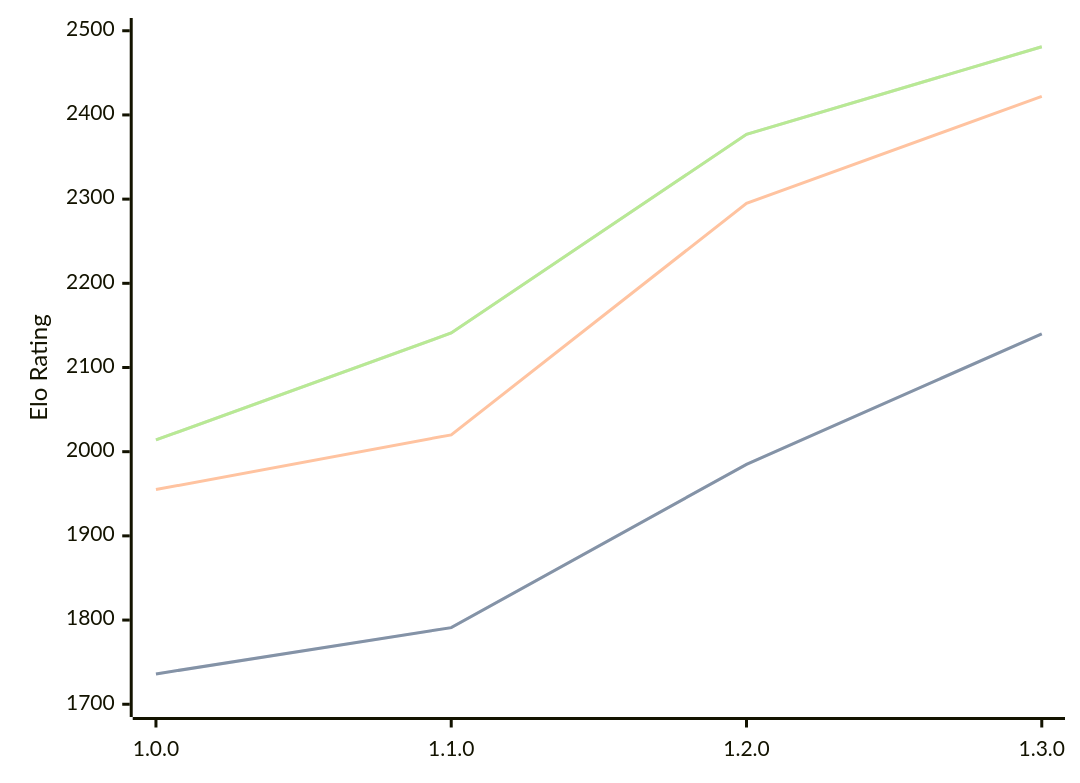
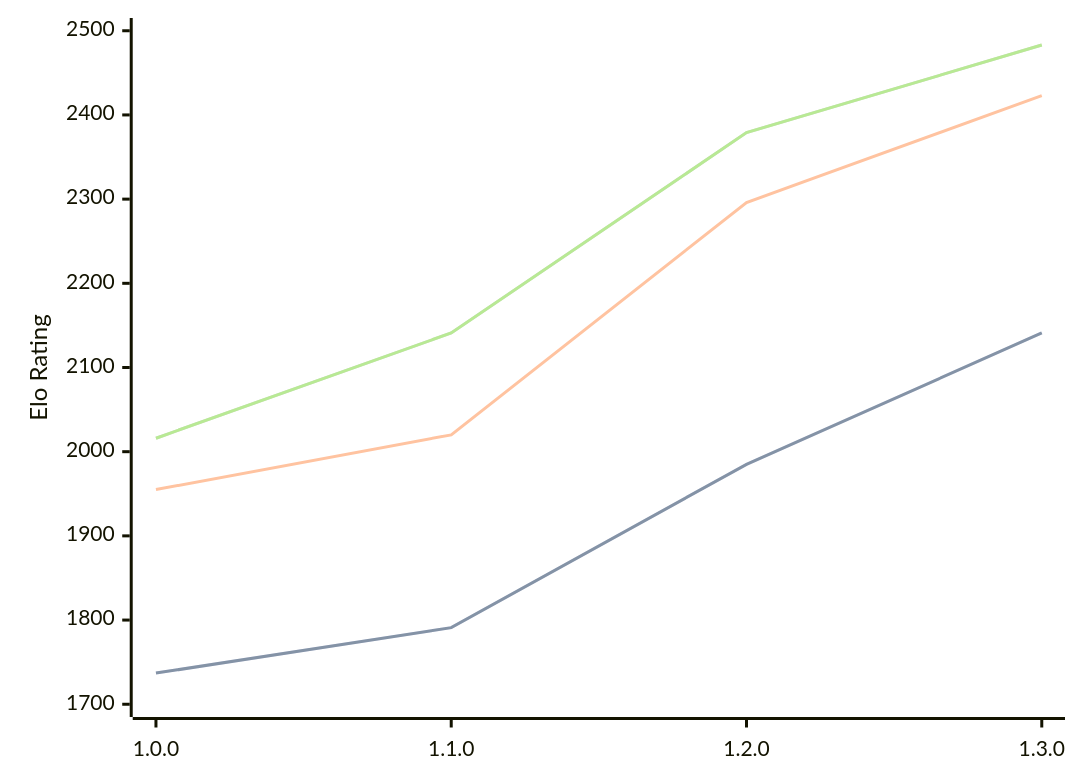
One commit to computer-chess-index/cci changed the diagram in engines/Anodos.md. Above: the diagram before and after it, drawn with Mermaid. The commit also changed other lines of this file, not shown here.

Commit message:
Update CCI Ratings (ELO VLTC) - 2026-07-24

````diff
--- a/engines/Anodos.md
+++ b/engines/Anodos.md
@@ -45,11 +45,11 @@
 ```mermaid
 %%{init: {"theme":"base","themeVariables":{"seriesColors:['#a3a3a3','#222221','#faa371']}}}%%
 xychart-beta
   x-axis ["1.0.0", "1.1.0", "1.2.0", "1.3.0"]
   y-axis "Elo Rating" 1700 --> 2500
-  line "STC (8.0+0.08s)" [1736, 1791, 1985, 2140]
-  line "STC (8.0+0.08s)" [1736, 1791, 1985, 2140]
-  line "LTC (60.0+0.60s)" [1955, 2020, 2295, 2422]
-  line "VLTC (2m24s+1.12s)" [2014, 2141, 2377, 2481]
-  line "VLTC (2m24s+1.12s)" [2014, 2141, 2377, 2481]
+  line "STC (8.0+0.08s)" [1737, 1791, 1985, 2141]
+  line "STC (8.0+0.08s)" [1737, 1791, 1985, 2141]
+  line "LTC (60.0+0.60s)" [1955, 2020, 2296, 2423]
+  line "VLTC (2m24s+1.12s)" [2016, 2141, 2379, 2483]
+  line "VLTC (2m24s+1.12s)" [2016, 2141, 2379, 2483]
 ```
````
